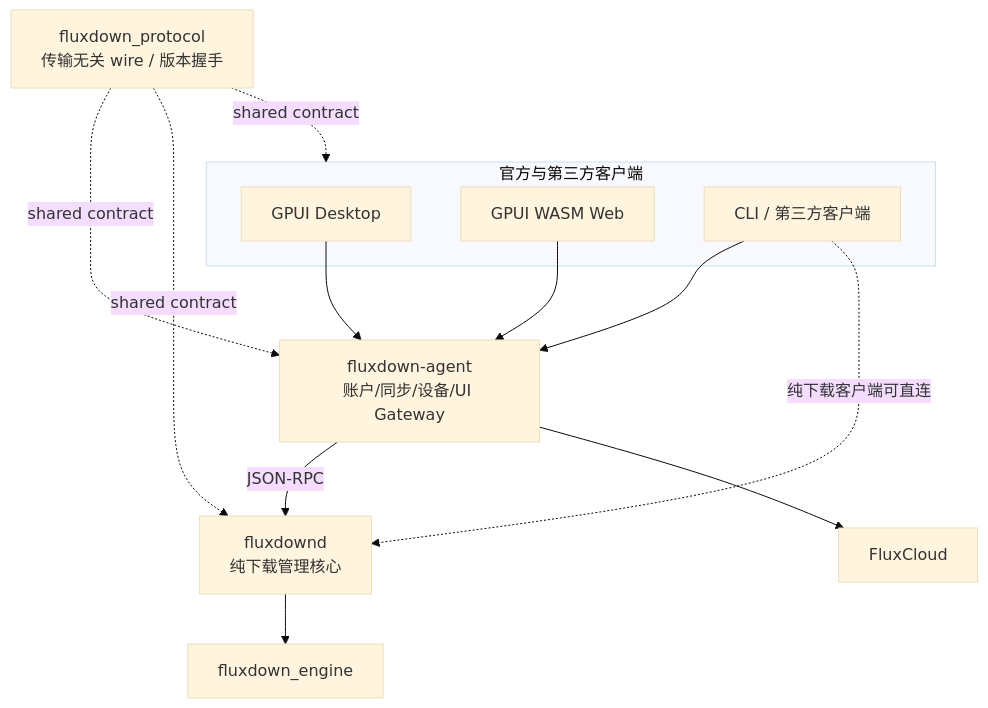
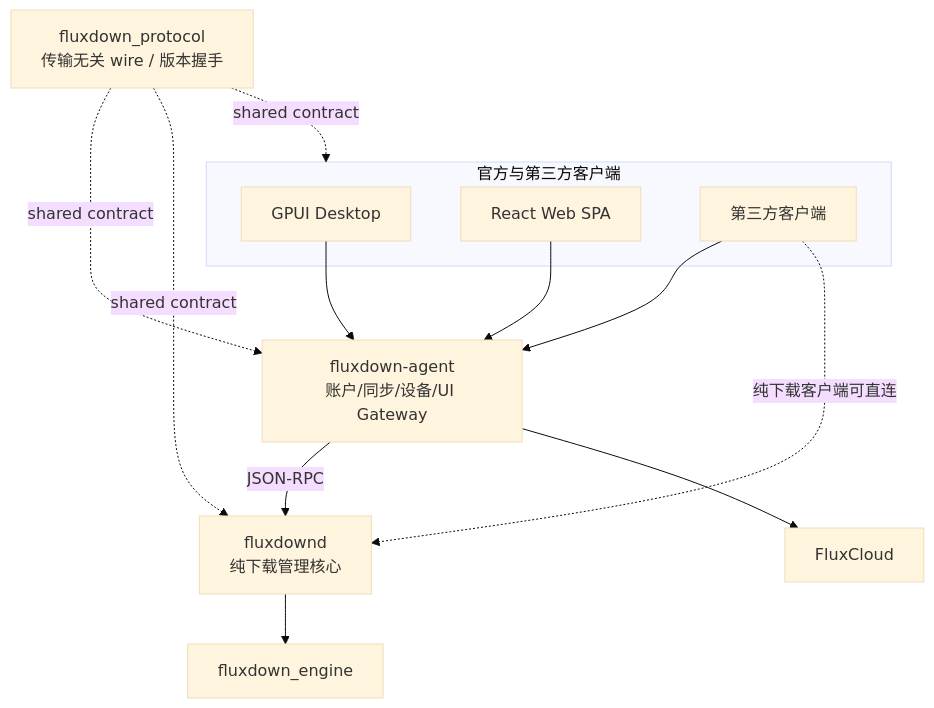
One commit to MIt-gancm/FluxDown- changed the second of 2 diagrams in .omp/knowledge/README.md. Above: the diagram before and after it, drawn with Mermaid (base theme). The commit also changed other lines of this file and 32 other files, not shown here.

````diff
--- a/.omp/knowledge/README.md
+++ b/.omp/knowledge/README.md
@@ -73,23 +83,23 @@
 ```mermaid
 flowchart TB
   subgraph ui[官方与第三方客户端]
     gpui[GPUI Desktop]
-    wasm[GPUI WASM Web]
-    third[CLI / 第三方客户端]
+    web[React Web SPA]
+    third[第三方客户端]
   end
   agent[fluxdown-agent<br/>账户/同步/设备/UI Gateway]
   daemon[fluxdownd<br/>纯下载管理核心]
   protocol[fluxdown_protocol<br/>传输无关 wire / 版本握手]
   cloud[FluxCloud]
   engine[fluxdown_engine]
   gpui --> agent
-  wasm --> agent
+  web --> agent
   third --> agent
   third -. 纯下载客户端可直连 .-> daemon
   agent -->|JSON-RPC| daemon
   agent --> cloud
   daemon --> engine
   protocol -. shared contract .-> agent
   protocol -. shared contract .-> daemon
   protocol -. shared contract .-> ui
 ```
````
